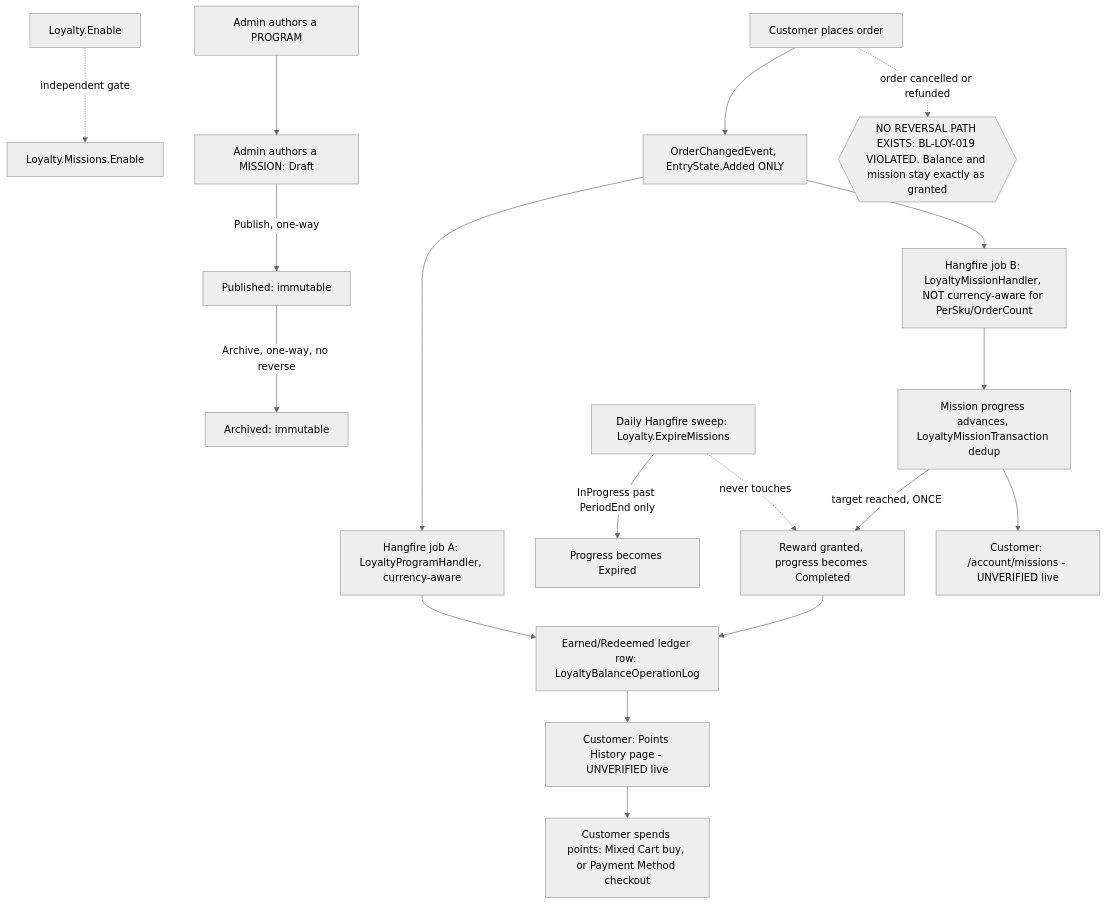
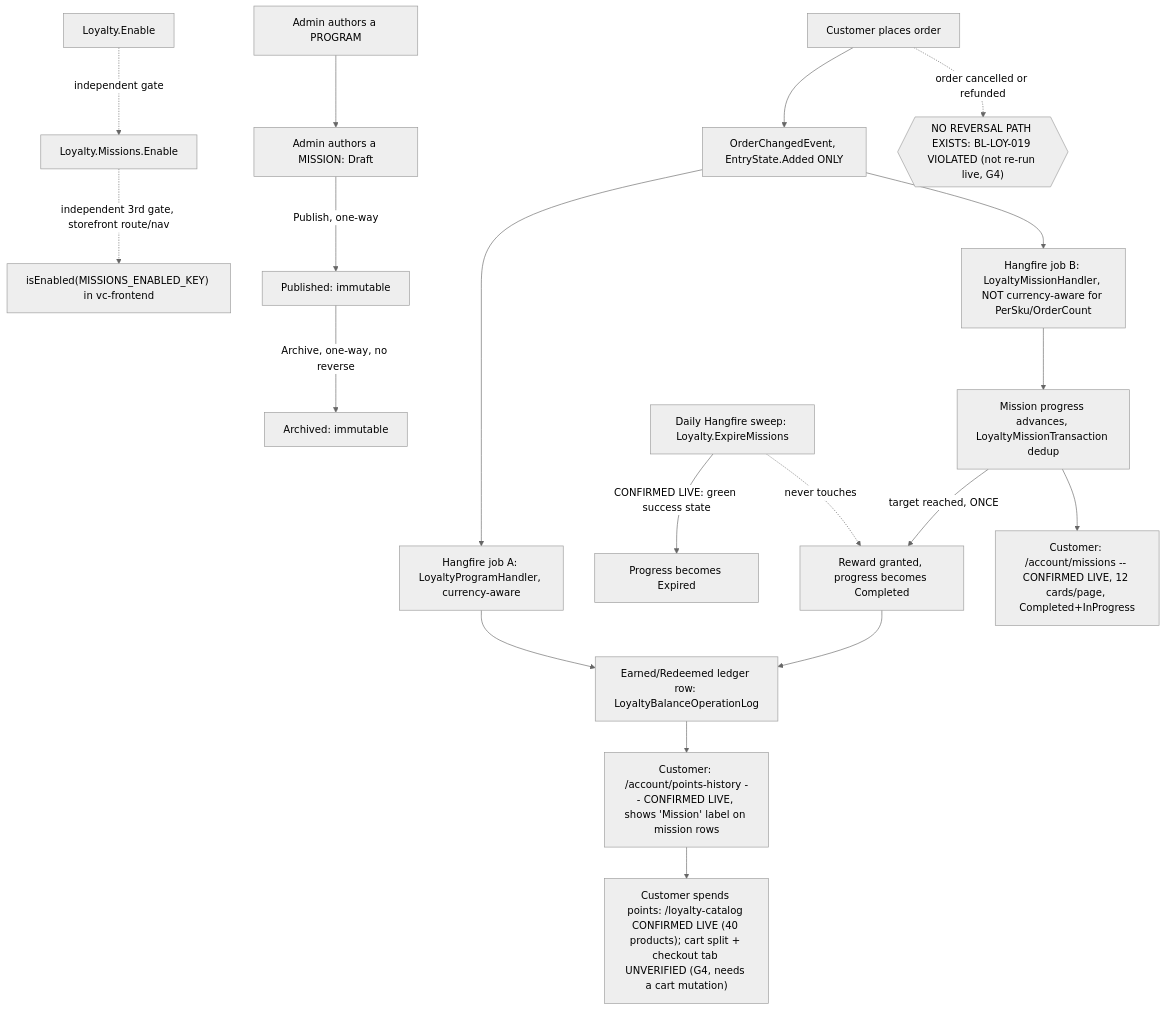
One commit to VirtoCommerce/ai-tools changed the diagram in .claude/knowledge/domain/loyalty-missions.md. Above: the diagram before and after it, drawn with Mermaid (neutral theme). The commit also changed other lines of this file and 115 other files, not shown here.

First line of the commit message:
test(VCST-5024): org-level loyalty balance coverage, and the org-mode findings it surfaced (#293)

````diff
--- a/.claude/knowledge/domain/loyalty-missions.md
+++ b/.claude/knowledge/domain/loyalty-missions.md
@@ -144,20 +161,21 @@
 ```mermaid
 flowchart TD
   A[Loyalty.Enable] -.independent gate.-> B[Loyalty.Missions.Enable]
+  B -.independent 3rd gate, storefront route/nav.-> B2["isEnabled(MISSIONS_ENABLED_KEY) in vc-frontend"]
   C[Admin authors a PROGRAM] --> D[Admin authors a MISSION: Draft]
-  D -->|Publish, one-way| D2[Published: immutable]
-  D2 -->|Archive, one-way, no reverse| D3[Archived: immutable]
+  D -->|Publish, one-way| D2s[Published: immutable]
+  D2s -->|Archive, one-way, no reverse| D3s[Archived: immutable]
   E[Customer places order] --> F["OrderChangedEvent, EntryState.Added ONLY"]
   F --> G["Hangfire job A: LoyaltyProgramHandler, currency-aware"]
   F --> H["Hangfire job B: LoyaltyMissionHandler, NOT currency-aware for PerSku/OrderCount"]
   G --> I["Earned/Redeemed ledger row: LoyaltyBalanceOperationLog"]
   H --> J["Mission progress advances, LoyaltyMissionTransaction dedup"]
   J -->|target reached, ONCE| K["Reward granted, progress becomes Completed"]
   K --> I
-  I --> L[Customer: Points History page - UNVERIFIED live]
-  J --> M[Customer: /account/missions - UNVERIFIED live]
-  L --> N[Customer spends points: Mixed Cart buy, or Payment Method checkout]
-  E -.order cancelled or refunded.-> O{{"NO REVERSAL PATH EXISTS: BL-LOY-019 VIOLATED. Balance and mission stay exactly as granted"}}
-  P["Daily Hangfire sweep: Loyalty.ExpireMissions"] -->|InProgress past PeriodEnd only| Q[Progress becomes Expired]
+  I --> L["Customer: /account/points-history -- CONFIRMED LIVE, shows 'Mission' label on mission rows"]
+  J --> M["Customer: /account/missions -- CONFIRMED LIVE, 12 cards/page, Completed+InProgress"]
+  L --> N["Customer spends points: /loyalty-catalog CONFIRMED LIVE (40 products); cart split + checkout tab UNVERIFIED (G4, needs a cart mutation)"]
+  E -.order cancelled or refunded.-> O{{"NO REVERSAL PATH EXISTS: BL-LOY-019 VIOLATED (not re-run live, G4)"}}
+  P["Daily Hangfire sweep: Loyalty.ExpireMissions"] -->|CONFIRMED LIVE: green success state| Q[Progress becomes Expired]
   P -.never touches.-> K
 ```
````
